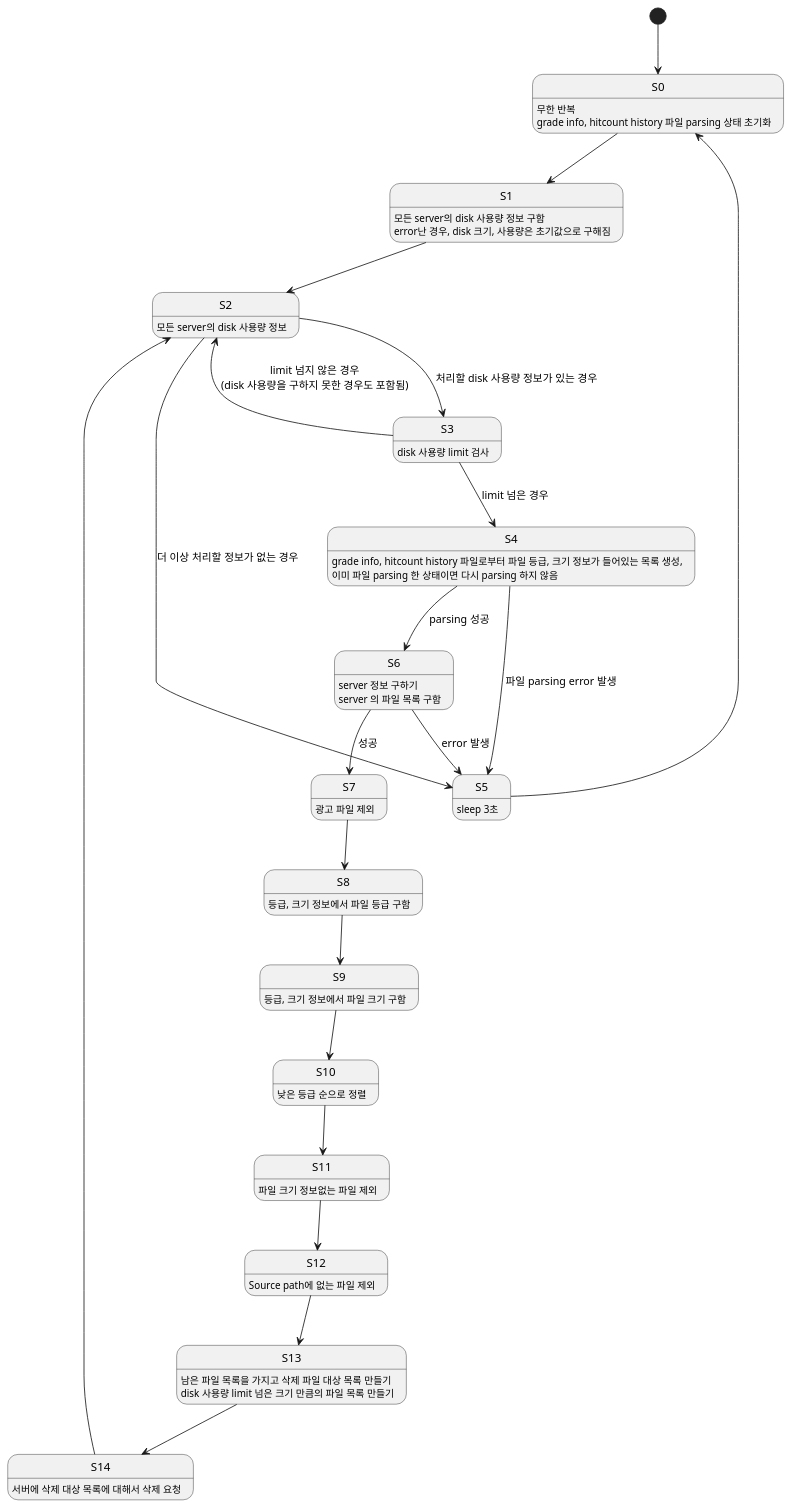
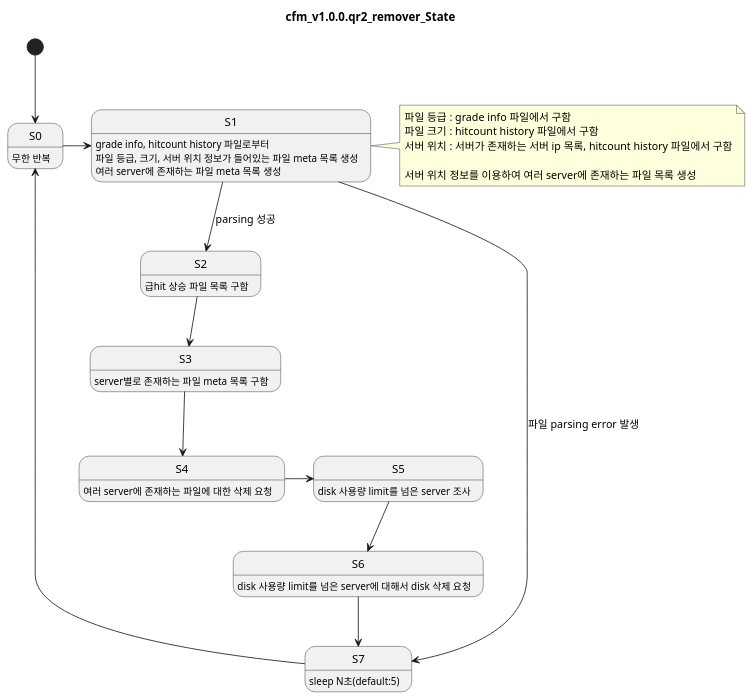
The first of 4 diagrams in doc/remover_state.md (castisdev/cfm), drawn with PlantUML before and after one commit. The commit also changed other lines of this file and 23 other files, not shown here.

````diff
--- a/doc/remover_state.md
+++ b/doc/remover_state.md
@@ -4,39 +4,31 @@
 ```plantuml
+title cfm_v1.0.0.qr2_remover_State
 hide empty description
 
 [*]--> S0
-S0 : 무한 반복\ngrade info, hitcount history 파일 parsing 상태 초기화
-S0 --> S1
-S1 : 모든 server의 disk 사용량 정보 구함\nerror난 경우, disk 크기, 사용량은 초기값으로 구해짐
-S1 --> S2
-S2 : 모든 server의 disk 사용량 정보
-S2 --> S5 : 더 이상 처리할 정보가 없는 경우
-S2 --> S3 : 처리할 disk 사용량 정보가 있는 경우
-S3 : disk 사용량 limit 검사
-S3 --> S4 : limit 넘은 경우
-S3 --> S2 : limit 넘지 않은 경우\n(disk 사용량을 구하지 못한 경우도 포함됨)
-S4 : grade info, hitcount history 파일로부터 파일 등급, 크기 정보가 들어있는 목록 생성,\n이미 파일 parsing 한 상태이면 다시 parsing 하지 않음
-S4 --> S5 : 파일 parsing error 발생
-S5 : sleep 3초
-S5 --> S0
-S4 --> S6 : parsing 성공
-S6 : server 정보 구하기\nserver 의 파일 목록 구함
-S6 --> S5 : error 발생
-S6 --> S7 : 성공
-S7 : 광고 파일 제외
-S7 --> S8
-S8 : 등급, 크기 정보에서 파일 등급 구함
-S8 --> S9
-S9 : 등급, 크기 정보에서 파일 크기 구함
-S9 --> S10
-S10 : 낮은 등급 순으로 정렬
-S10 --> S11
-S11 : 파일 크기 정보없는 파일 제외
-S11 --> S12
-S12 : Source path에 없는 파일 제외
-S12 --> S13
-S13 : 남은 파일 목록을 가지고 삭제 파일 대상 목록 만들기\ndisk 사용량 limit 넘은 크기 만큼의 파일 목록 만들기
-S13 --> S14
-S14 : 서버에 삭제 대상 목록에 대해서 삭제 요청
-S14--> S2
+S0 : 무한 반복
+S0 -> S1
+S1 : grade info, hitcount history 파일로부터\n파일 등급, 크기, 서버 위치 정보가 들어있는 파일 meta 목록 생성\n여러 server에 존재하는 파일 meta 목록 생성
+note right
+	파일 등급 : grade info 파일에서 구함
+	파일 크기 : hitcount history 파일에서 구함
+	서버 위치 : 서버가 존재하는 서버 ip 목록, hitcount history 파일에서 구함
+
+	서버 위치 정보를 이용하여 여러 server에 존재하는 파일 목록 생성
+end note
+
+S1 --> S7 : 파일 parsing error 발생
+S7 : sleep N초(default:5)
+S7 --> S0
+S1 --> S2 : parsing 성공
+S2 : 급hit 상승 파일 목록 구함
+S2 --> S3
+S3 : server별로 존재하는 파일 meta 목록 구함
+S3 --> S4
+S4 : 여러 server에 존재하는 파일에 대한 삭제 요청
+S4 -> S5
+S5 : disk 사용량 limit를 넘은 server 조사
+S5 --> S6
+S6 : disk 사용량 limit를 넘은 server에 대해서 disk 삭제 요청
+S6 --> S7
 ```
````
